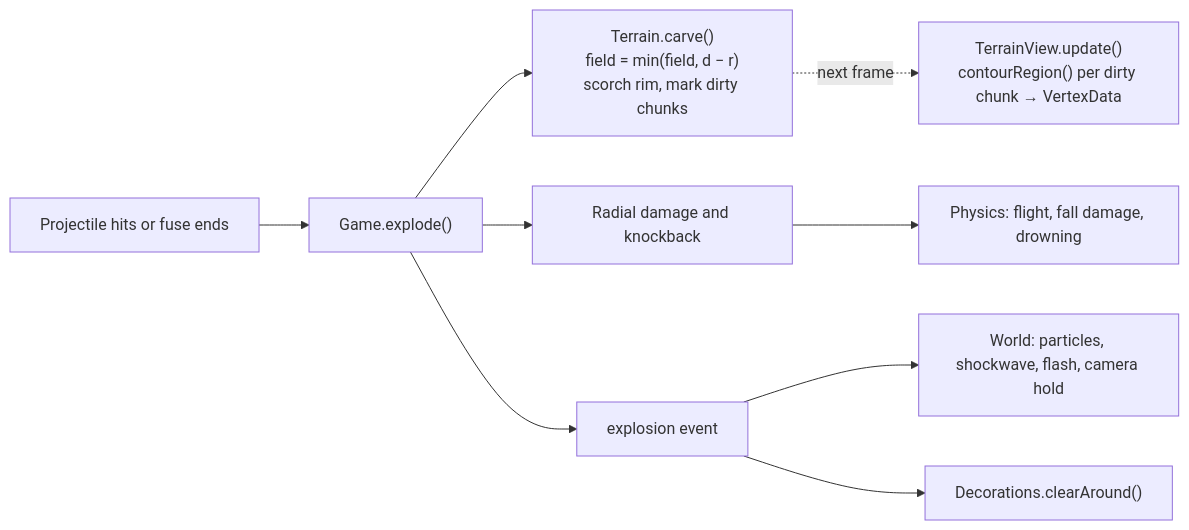
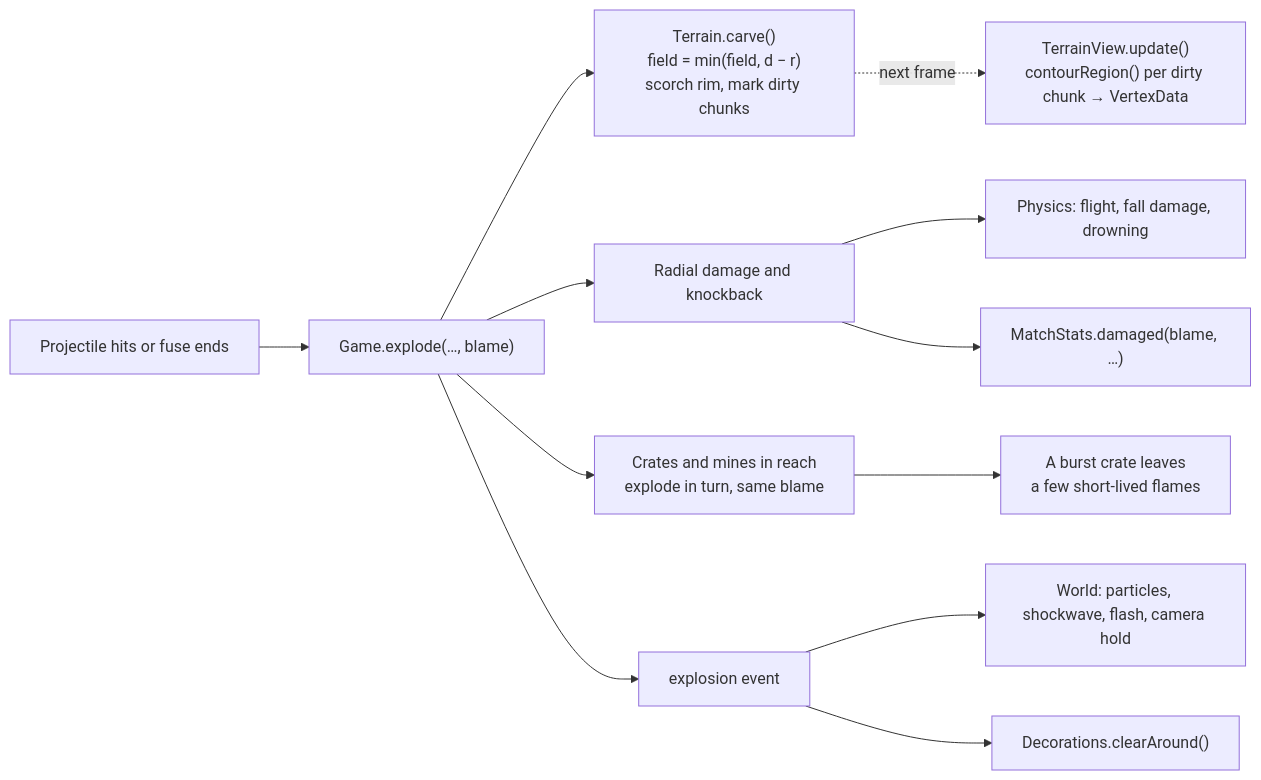
Before and after one commit to marcelpetrick/AlliumAssault: the seventh of 9 diagrams in docs/ARCHITECTURE.md, drawn with Mermaid. The commit also changed other lines of this file and 3 other files, not shown here.

First line of the commit message:
docs: bring the C4 architecture back in step with the code

````diff
--- a/docs/ARCHITECTURE.md
+++ b/docs/ARCHITECTURE.md
@@ -241,11 +284,14 @@
 ```mermaid
 flowchart LR
-  hit["Projectile hits or fuse ends"] --> explode["Game.explode()"]
+  hit["Projectile hits or fuse ends"] --> explode["Game.explode(…, blame)"]
   explode --> carve["Terrain.carve()<br/>field = min(field, d − r)<br/>scorch rim, mark dirty chunks"]
   explode --> dmg["Radial damage and knockback"]
+  explode --> chain["Crates and mines in reach<br/>explode in turn, same blame"]
+  chain --> fire["A burst crate leaves<br/>a few short-lived flames"]
   explode --> evt["explosion event"]
   evt --> fx["World: particles, shockwave, flash, camera hold"]
   evt --> deco["Decorations.clearAround()"]
   carve -. next frame .-> mesh["TerrainView.update()<br/>contourRegion() per dirty chunk → VertexData"]
   dmg --> bodies["Physics: flight, fall damage, drowning"]
+  dmg --> stats["MatchStats.damaged(blame, …)"]
 ```
````
